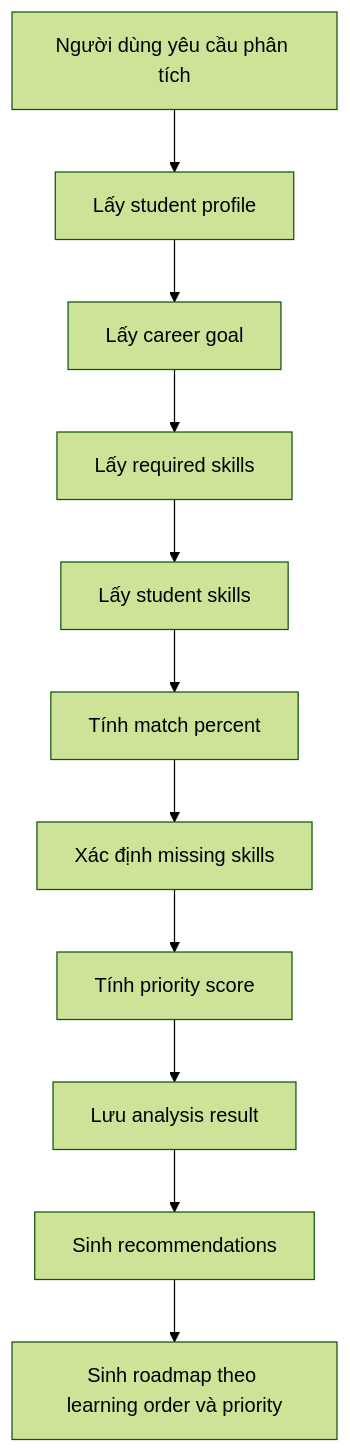
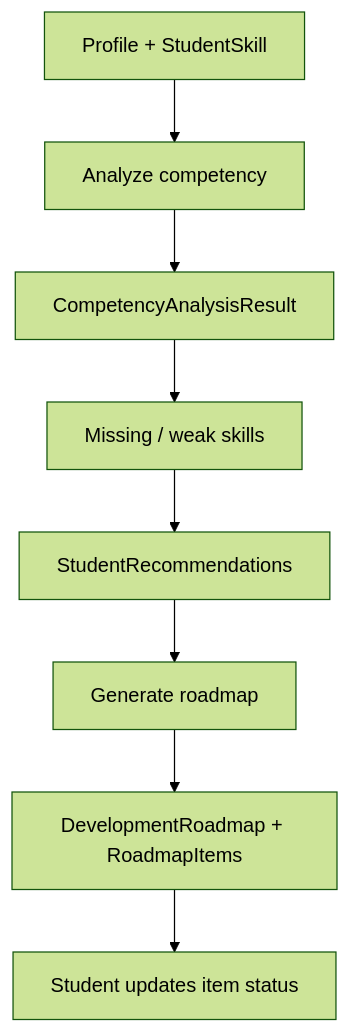
The fifth of 7 diagrams in docs/system-analysis-and-design.md (haiduong312/student-system), drawn with Mermaid (forest theme) before and after one commit. The commit also changed other lines of this file and 14 other files, not shown here.

````diff
--- a/docs/system-analysis-and-design.md
+++ b/docs/system-analysis-and-design.md
@@ -478,13 +245,10 @@
 ```mermaid
 flowchart TD
-    A["Người dùng yêu cầu phân tích"] --> B["Lấy student profile"]
-    B --> C["Lấy career goal"]
-    C --> D["Lấy required skills"]
-    D --> E["Lấy student skills"]
-    E --> F["Tính match percent"]
-    F --> G["Xác định missing skills"]
-    G --> H["Tính priority score"]
-    H --> I["Lưu analysis result"]
-    I --> J["Sinh recommendations"]
-    J --> K["Sinh roadmap theo learning order và priority"]
+    A["Profile + StudentSkill"] --> B["Analyze competency"]
+    B --> C["CompetencyAnalysisResult"]
+    C --> D["Missing / weak skills"]
+    D --> E["StudentRecommendations"]
+    E --> F["Generate roadmap"]
+    F --> G["DevelopmentRoadmap + RoadmapItems"]
+    G --> H["Student updates item status"]
 ```
````
